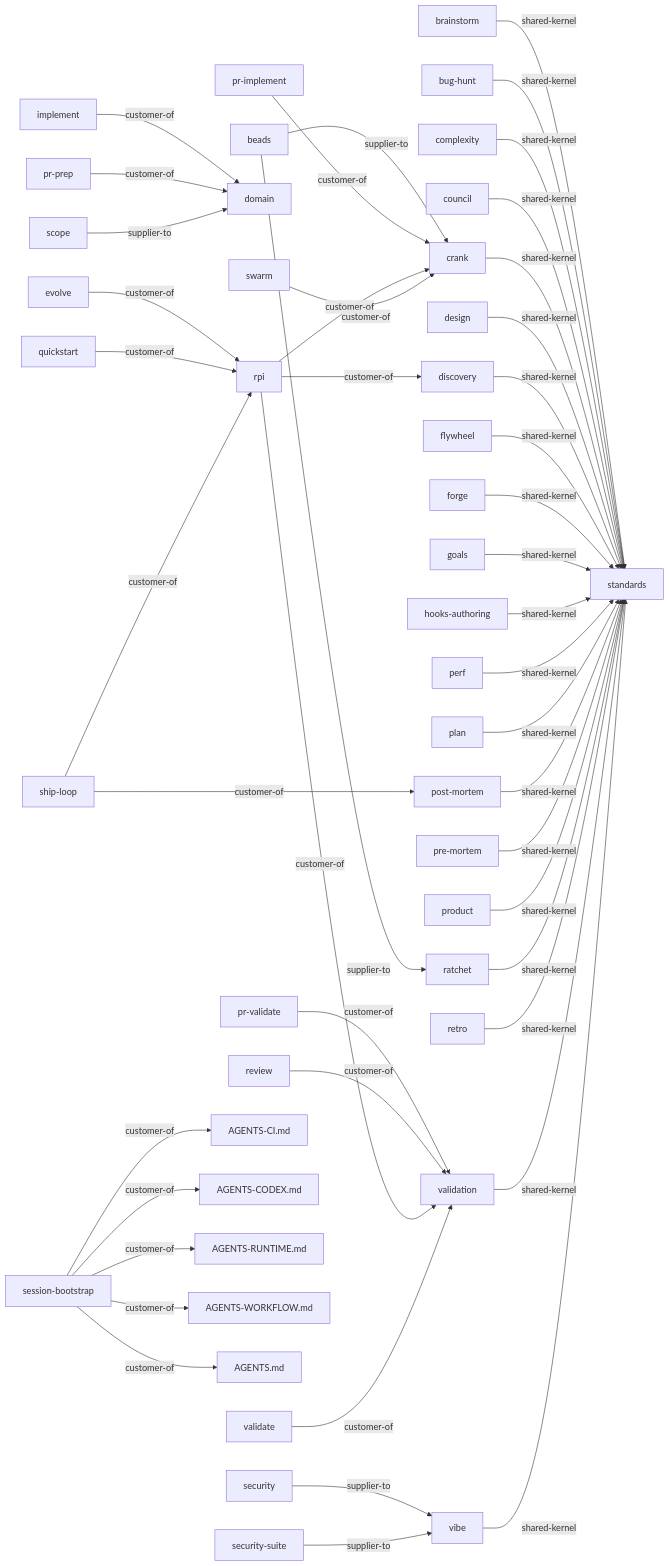
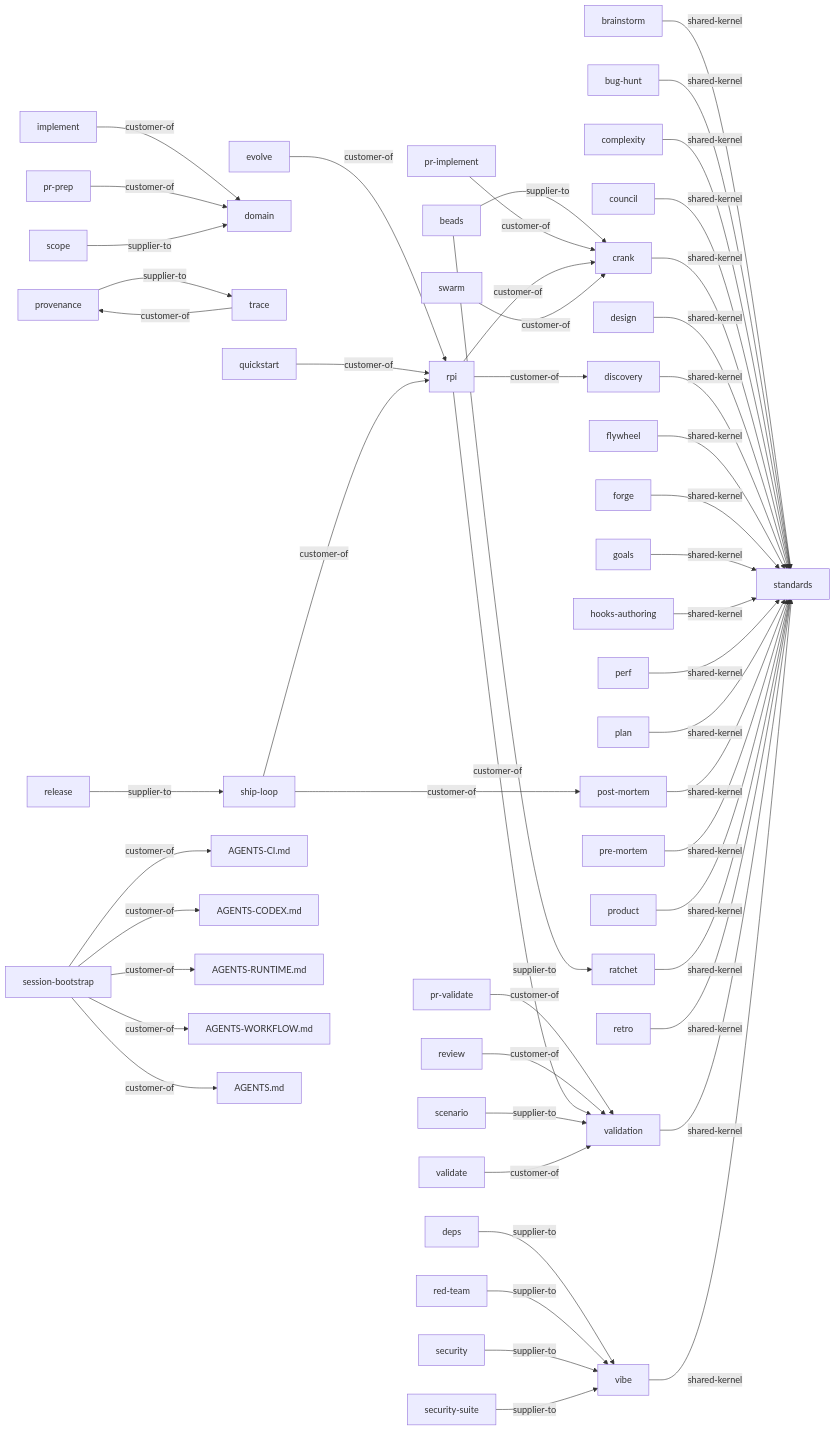
The diagram in docs/contracts/context-map.md (boshu2/agentops), drawn with Mermaid before and after one commit. The commit also changed 12 other files, not shown here.

````diff
--- a/docs/contracts/context-map.md
+++ b/docs/contracts/context-map.md
@@ -107,47 +107,53 @@
 ```mermaid
 graph LR
   beads -- "supplier-to" --> crank
   beads -- "supplier-to" --> ratchet
   brainstorm -- "shared-kernel" --> standards
   bug-hunt -- "shared-kernel" --> standards
   complexity -- "shared-kernel" --> standards
   council -- "shared-kernel" --> standards
   crank -- "shared-kernel" --> standards
+  deps -- "supplier-to" --> vibe
   design -- "shared-kernel" --> standards
   discovery -- "shared-kernel" --> standards
   evolve -- "customer-of" --> rpi
   flywheel -- "shared-kernel" --> standards
   forge -- "shared-kernel" --> standards
   goals -- "shared-kernel" --> standards
   hooks-authoring -- "shared-kernel" --> standards
   implement -- "customer-of" --> domain
   perf -- "shared-kernel" --> standards
   plan -- "shared-kernel" --> standards
   post-mortem -- "shared-kernel" --> standards
   pr-implement -- "customer-of" --> crank
   pr-prep -- "customer-of" --> domain
   pr-validate -- "customer-of" --> validation
   pre-mortem -- "shared-kernel" --> standards
   product -- "shared-kernel" --> standards
+  provenance -- "supplier-to" --> trace
   quickstart -- "customer-of" --> rpi
   ratchet -- "shared-kernel" --> standards
+  red-team -- "supplier-to" --> vibe
+  release -- "supplier-to" --> ship-loop
   retro -- "shared-kernel" --> standards
   review -- "customer-of" --> validation
   rpi -- "customer-of" --> crank
   rpi -- "customer-of" --> discovery
   rpi -- "customer-of" --> validation
+  scenario -- "supplier-to" --> validation
   scope -- "supplier-to" --> domain
   security -- "supplier-to" --> vibe
   security-suite -- "supplier-to" --> vibe
   session-bootstrap -- "customer-of" --> AGENTS-CI.md
   session-bootstrap -- "customer-of" --> AGENTS-CODEX.md
   session-bootstrap -- "customer-of" --> AGENTS-RUNTIME.md
   session-bootstrap -- "customer-of" --> AGENTS-WORKFLOW.md
   session-bootstrap -- "customer-of" --> AGENTS.md
   ship-loop -- "customer-of" --> post-mortem
   ship-loop -- "customer-of" --> rpi
   swarm -- "customer-of" --> crank
+  trace -- "customer-of" --> provenance
   validate -- "customer-of" --> validation
   validation -- "shared-kernel" --> standards
   vibe -- "shared-kernel" --> standards
 ```
````
